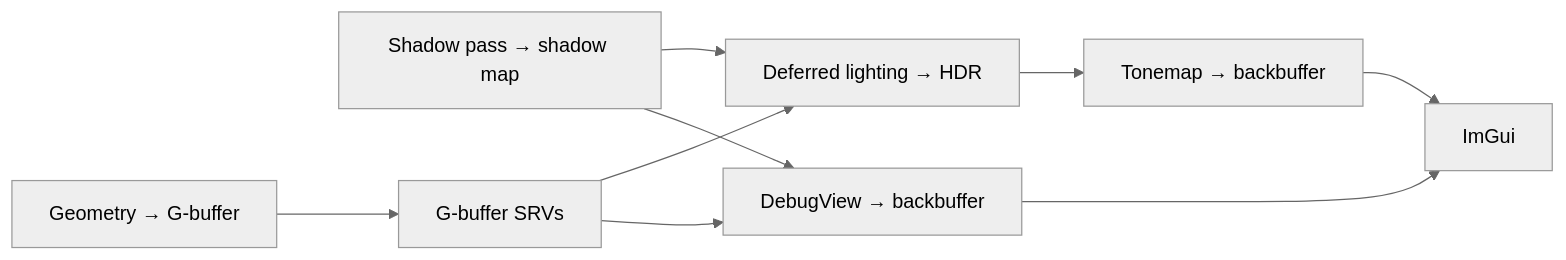
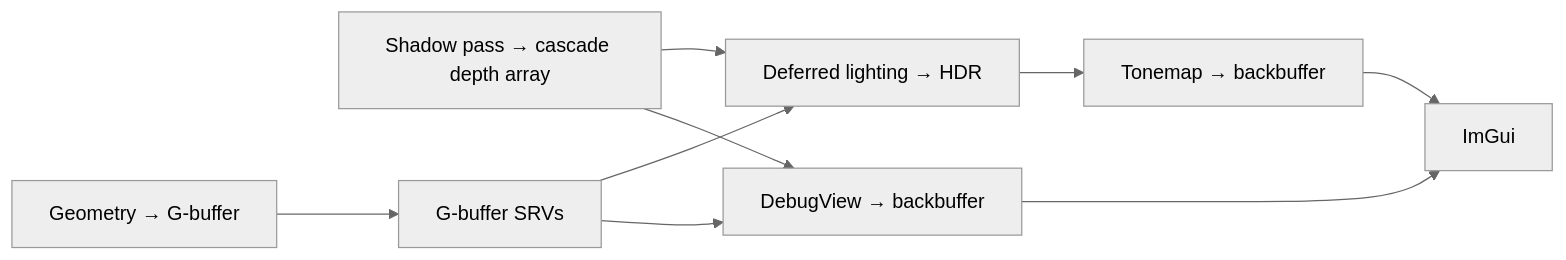
Before and after one commit to RomanovV/SummerEngine: the fifth of 6 diagrams in docs/ARCHITECTURE.md, drawn with Mermaid (neutral theme). The commit also changed other lines of this file and 7 other files, not shown here.

Commit message:
updated error logs updated reeadme updated ARCHITECTURE.md

````diff
--- a/docs/ARCHITECTURE.md
+++ b/docs/ARCHITECTURE.md
@@ -448,11 +452,11 @@
 ```mermaid
 flowchart LR
-    S["Shadow pass → shadow map"] --> C
+    S["Shadow pass → cascade depth array"] --> C
     A["Geometry → G-buffer"] --> B["G-buffer SRVs"]
     B --> C["Deferred lighting → HDR"]
     C --> D["Tonemap → backbuffer"]
     B --> E["DebugView → backbuffer"]
     S --> E
     D --> F["ImGui"]
     E --> F
 ```
````
